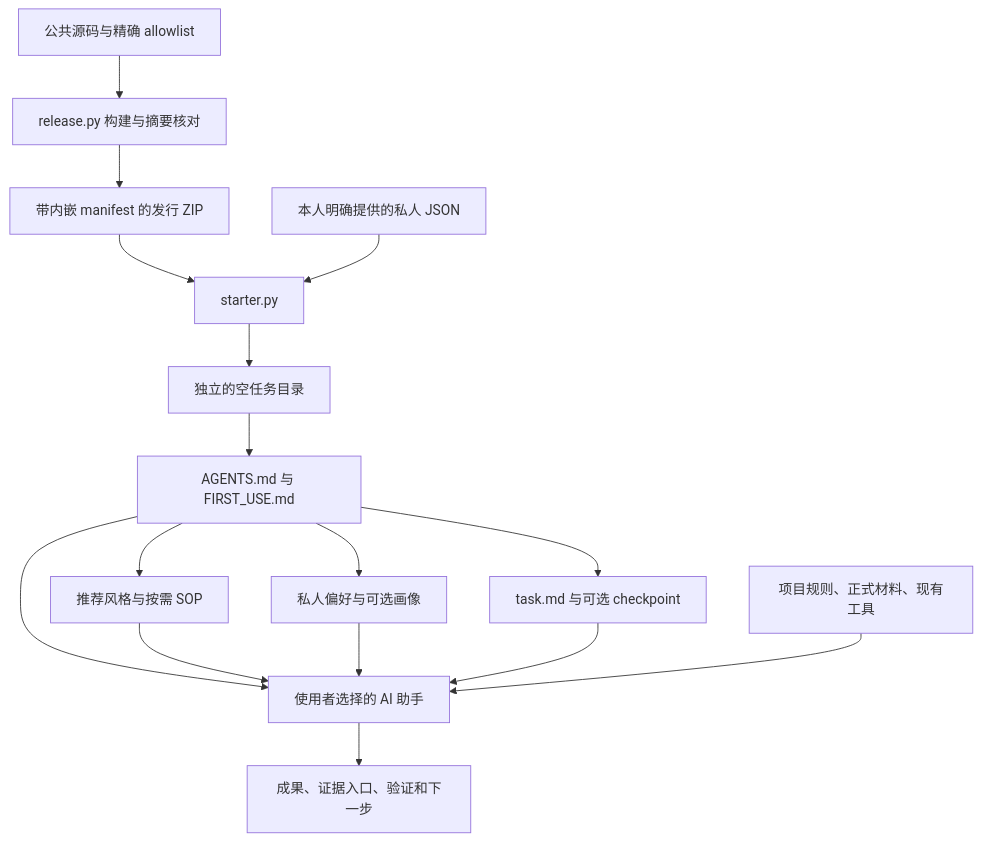
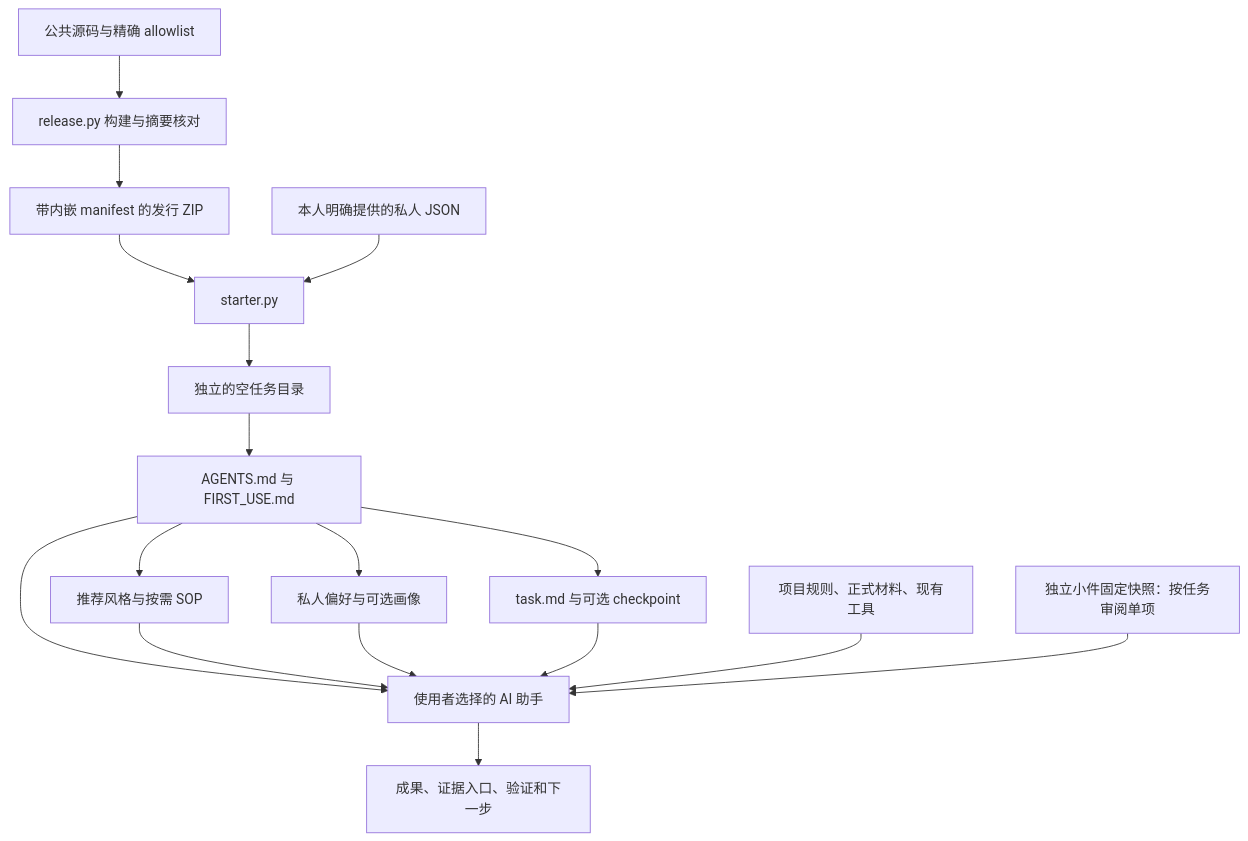
The first of 2 diagrams in docs/architecture.md (MarkTian-Long/harness-starter), drawn with Mermaid before and after one commit. The commit also changed other lines of this file and 11 other files, not shown here.

````diff
--- a/docs/architecture.md
+++ b/docs/architecture.md
@@ -20,18 +33,19 @@
 ```mermaid
 flowchart TB
     Source[公共源码与精确 allowlist] --> Build[release.py 构建与摘要核对]
     Build --> Package[带内嵌 manifest 的发行 ZIP]
     Package --> Starter[starter.py]
     Snapshot[本人明确提供的私人 JSON] --> Starter
     Starter --> Target[独立的空任务目录]
     Target --> Entry[AGENTS.md 与 FIRST_USE.md]
     Entry --> Methods[推荐风格与按需 SOP]
     Entry --> Private[私人偏好与可选画像]
     Entry --> State[task.md 与可选 checkpoint]
     Entry --> Agent[使用者选择的 AI 助手]
     Methods --> Agent
     Private --> Agent
     State --> Agent
     Inputs[项目规则、正式材料、现有工具] --> Agent
+    Kit[独立小件固定快照：按任务审阅单项] --> Agent
     Agent --> Results[成果、证据入口、验证和下一步]
 ```
````
